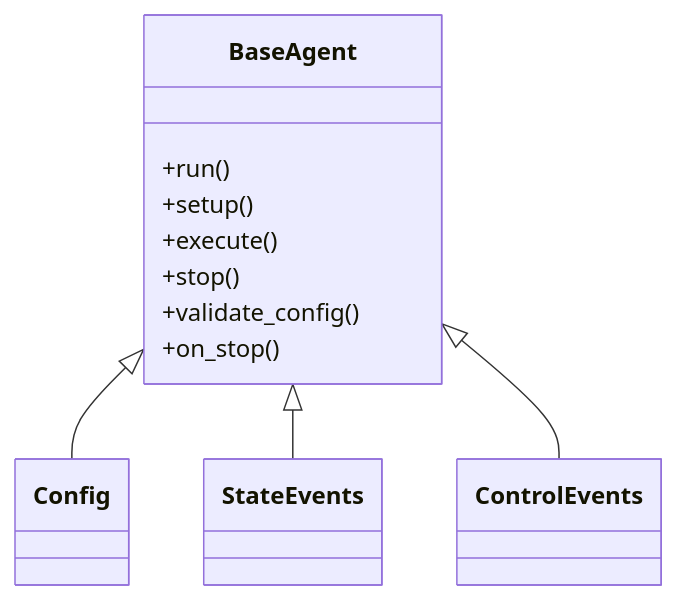
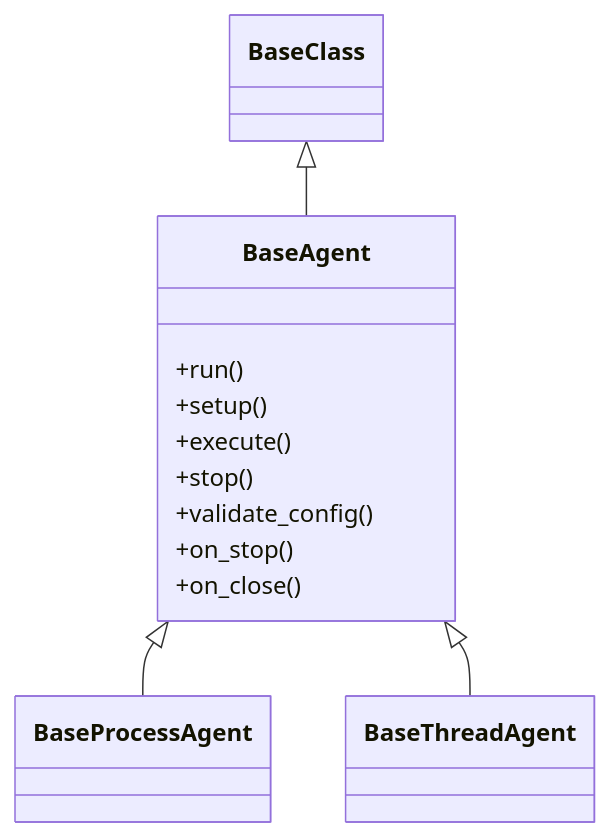
The first of 3 diagrams in docs/learn/agents/built-in-agents/baseagent.md (giulio333/PyOrchestrateDocumentation), drawn with Mermaid before and after one commit. The commit also changed other lines of this file and 1 other file, not shown here.

Commit message:
updated documentation for BaseAgent with details on inheritance, diagrams, and methods:

````diff
--- a/docs/learn/agents/built-in-agents/baseagent.md
+++ b/docs/learn/agents/built-in-agents/baseagent.md
@@ -34,24 +15,24 @@
 ```mermaid
 classDiagram
+    class BaseClass {
+    }
+
     class BaseAgent {
         +run()
         +setup()
         +execute()
         +stop()
         +validate_config()
         +on_stop()
+        +on_close()
     }
 
-    class Config {
+    class BaseProcessAgent {
+    }
+    class BaseThreadAgent {
     }
 
-    class StateEvents {
-    }
-
-    class ControlEvents {
-    }
-
-    BaseAgent <|-- Config
-    BaseAgent <|-- StateEvents
-    BaseAgent <|-- ControlEvents
+    BaseClass <|-- BaseAgent
+    BaseAgent <|-- BaseProcessAgent
+    BaseAgent <|-- BaseThreadAgent
 ```
````
